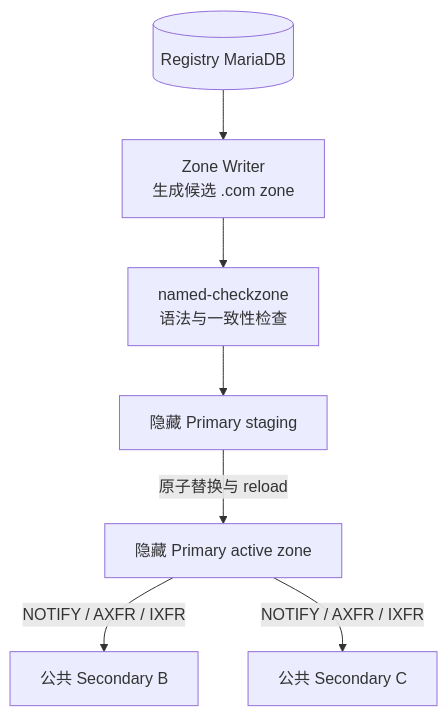
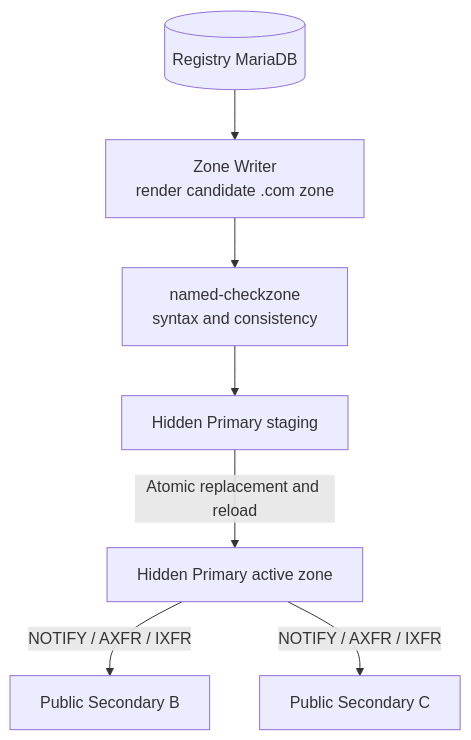
The third of 3 diagrams in tool-service/seedemu_tool_service/tools/dns/docs/NamingoRegistry.md (hhy123415/seedemu-agent-tools), drawn with Mermaid before and after one commit. The commit also changed other lines of this file and 4 other files, not shown here.

````diff
--- a/tool-service/seedemu_tool_service/tools/dns/docs/NamingoRegistry.md
+++ b/tool-service/seedemu_tool_service/tools/dns/docs/NamingoRegistry.md
@@ -69,13 +65,13 @@
 ```mermaid
 flowchart TD
     db[("Registry MariaDB")]
-    render["Zone Writer<br/>生成候选 .com zone"]
-    validate["named-checkzone<br/>语法与一致性检查"]
-    staging["隐藏 Primary staging"]
-    active["隐藏 Primary active zone"]
-    b["公共 Secondary B"]
-    c["公共 Secondary C"]
-    db --> render --> validate --> staging -->|"原子替换与 reload"| active
+    render["Zone Writer<br/>render candidate .com zone"]
+    validate["named-checkzone<br/>syntax and consistency"]
+    staging["Hidden Primary staging"]
+    active["Hidden Primary active zone"]
+    b["Public Secondary B"]
+    c["Public Secondary C"]
+    db --> render --> validate --> staging -->|"Atomic replacement and reload"| active
     active -->|"NOTIFY / AXFR / IXFR"| b
     active -->|"NOTIFY / AXFR / IXFR"| c
 ```
````
